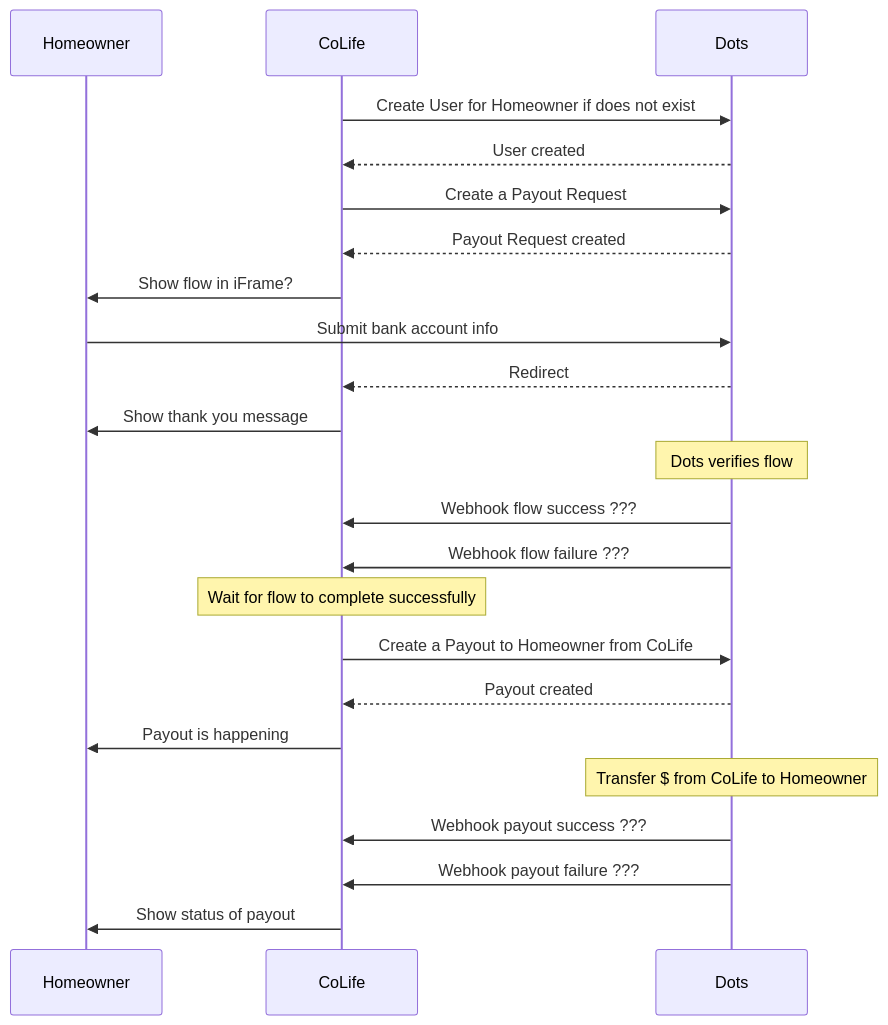
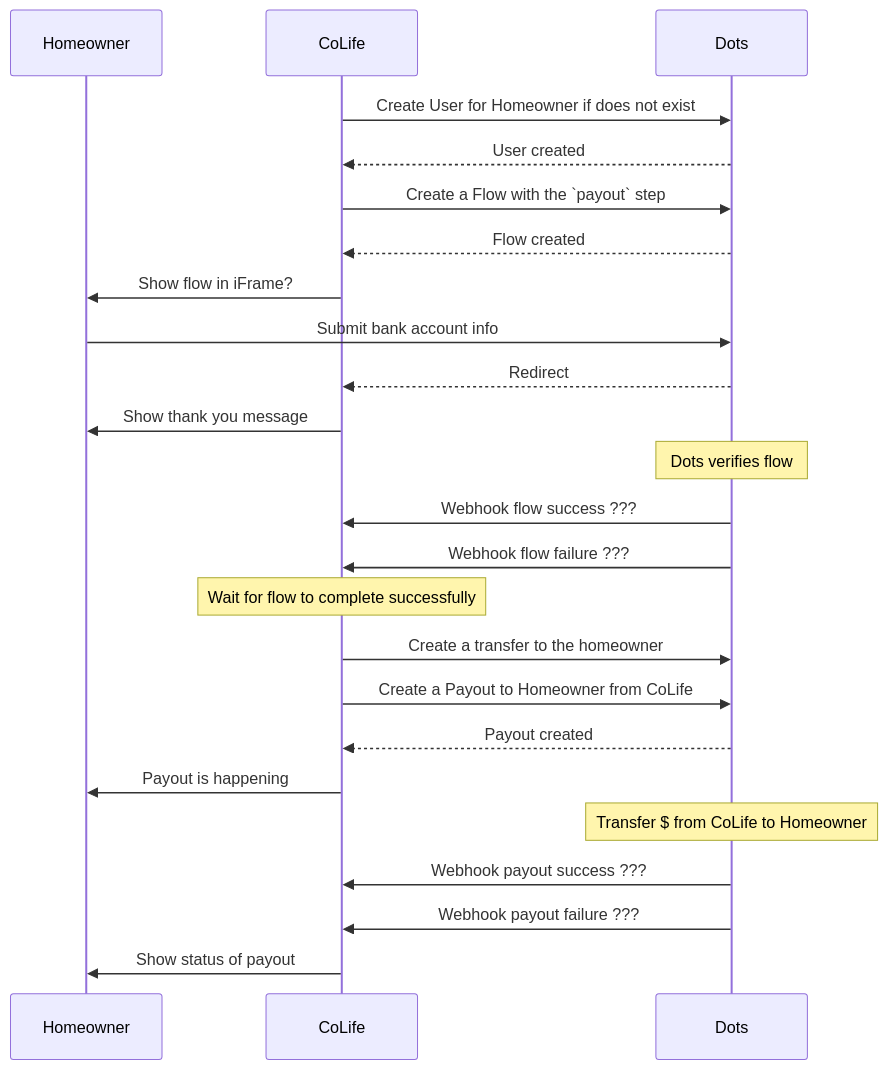
One commit to kartikye/colife-dots changed the diagram in scenario-2-homeowner-initial-payout.md. Above: the diagram before and after it, drawn with Mermaid.

````diff
--- a/scenario-2-homeowner-initial-payout.md
+++ b/scenario-2-homeowner-initial-payout.md
@@ -2,23 +2,24 @@
 ```mermaid
   sequenceDiagram
       participant Homeowner
       CoLife->>Dots: Create User for Homeowner if does not exist
       Dots-->>CoLife: User created
-      CoLife->>Dots: Create a Payout Request
-      Dots-->>CoLife: Payout Request created
+      CoLife->>Dots: Create a Flow with the `payout` step
+      Dots-->>CoLife: Flow created
       CoLife->>Homeowner: Show flow in iFrame?
       Homeowner->>Dots: Submit bank account info
       Dots-->>CoLife: Redirect
       CoLife->>Homeowner: Show thank you message
       Note over Dots: Dots verifies flow
       Dots->>CoLife: Webhook flow success ???
       Dots->>CoLife: Webhook flow failure ???
       Note over CoLife: Wait for flow to complete successfully
+      CoLife->>Dots: Create a transfer to the homeowner
       CoLife->>Dots: Create a Payout to Homeowner from CoLife
       Dots-->>CoLife: Payout created
       CoLife->>Homeowner: Payout is happening
       Note over Dots: Transfer $ from CoLife to Homeowner
       Dots->>CoLife: Webhook payout success ???
       Dots->>CoLife: Webhook payout failure ???
       CoLife->>Homeowner: Show status of payout
 ```
````
